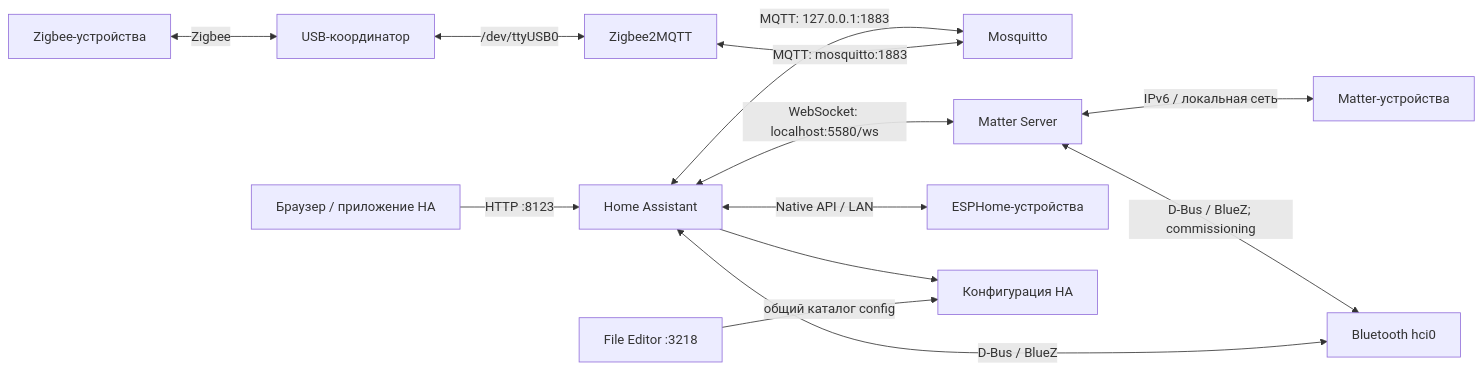
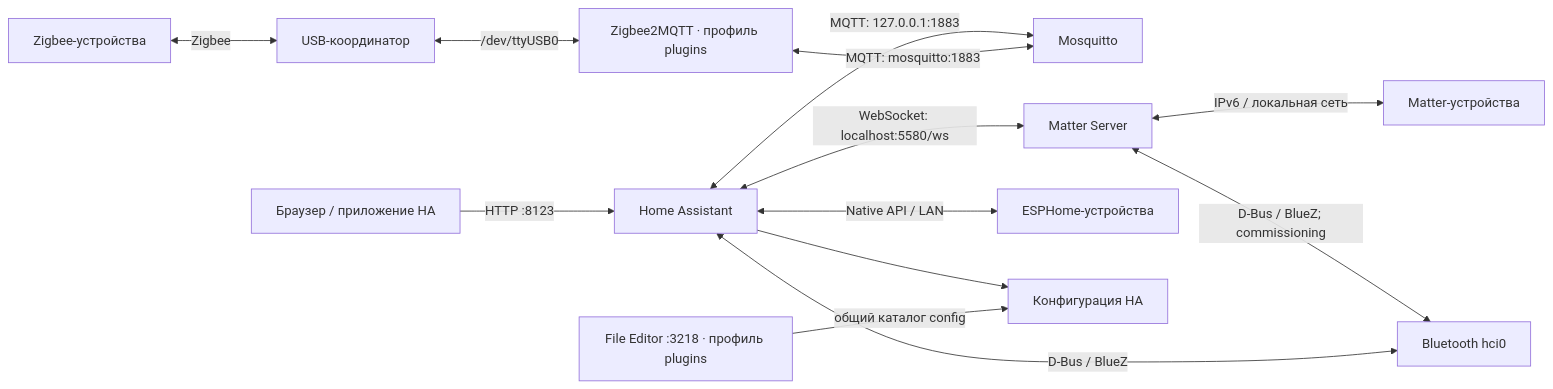
One commit to DisDis/home_assistant_config changed the diagram in readme.md. Above: the diagram before and after it, drawn with Mermaid. The commit also changed other lines of this file and 15 other files, not shown here.

````diff
--- a/readme.md
+++ b/readme.md
@@ -281,16 +277,16 @@
 ```mermaid
 flowchart LR
     Browser["Браузер / приложение HA"] -->|"HTTP :8123"| HA["Home Assistant"]
     Zigbee["Zigbee-устройства"] <-->|Zigbee| USB["USB-координатор"]
-    USB <-->|"/dev/ttyUSB0"| Z2M["Zigbee2MQTT"]
+    USB <-->|"/dev/ttyUSB0"| Z2M["Zigbee2MQTT · профиль plugins"]
     Z2M <-->|"MQTT: mosquitto:1883"| MQTT["Mosquitto"]
     HA <-->|"MQTT: 127.0.0.1:1883"| MQTT
     HA <-->|"WebSocket: localhost:5580/ws"| Matter["Matter Server"]
     Matter <-->|"IPv6 / локальная сеть"| MatterDevices["Matter-устройства"]
     HA <-->|"Native API / LAN"| ESP["ESPHome-устройства"]
     HA <-->|"D-Bus / BlueZ"| BT["Bluetooth hci0"]
     Matter <-->|"D-Bus / BlueZ; commissioning"| BT
     Config["Конфигурация HA"]
-    Configurator["File Editor :3218"] -->|"общий каталог config"| Config
+    Configurator["File Editor :3218 · профиль plugins"] -->|"общий каталог config"| Config
     HA --> Config
 ```
````
